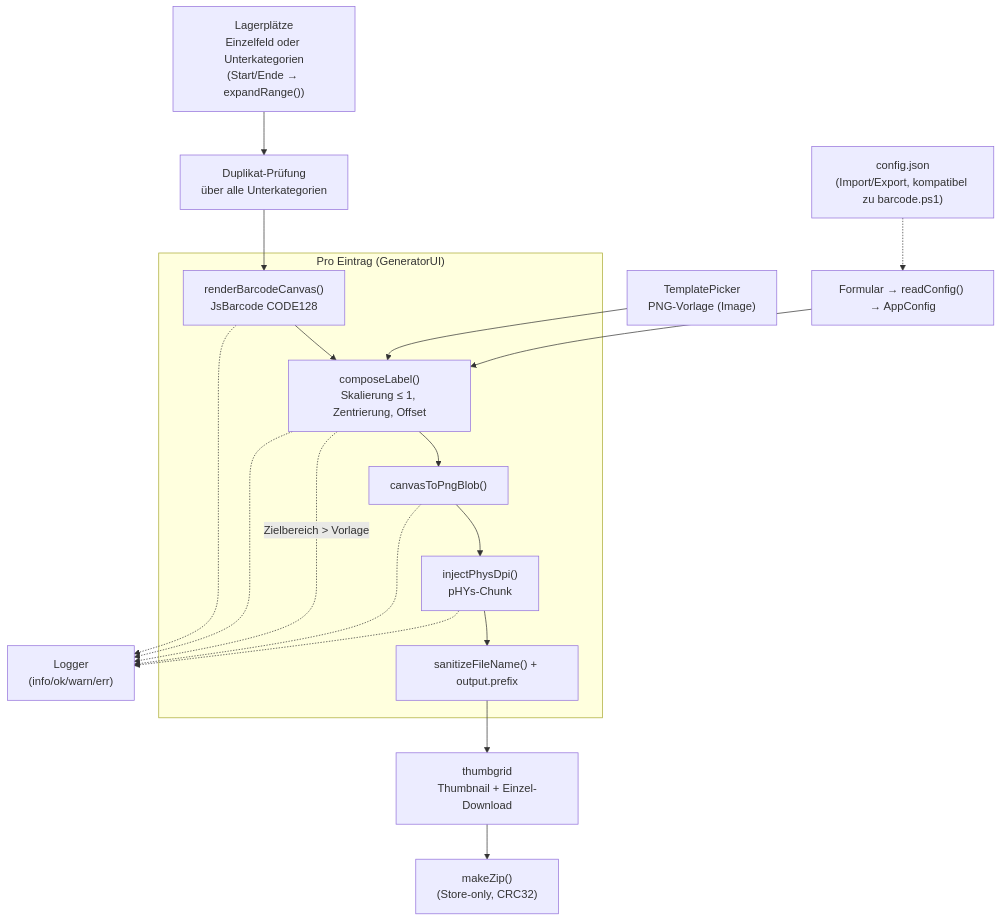
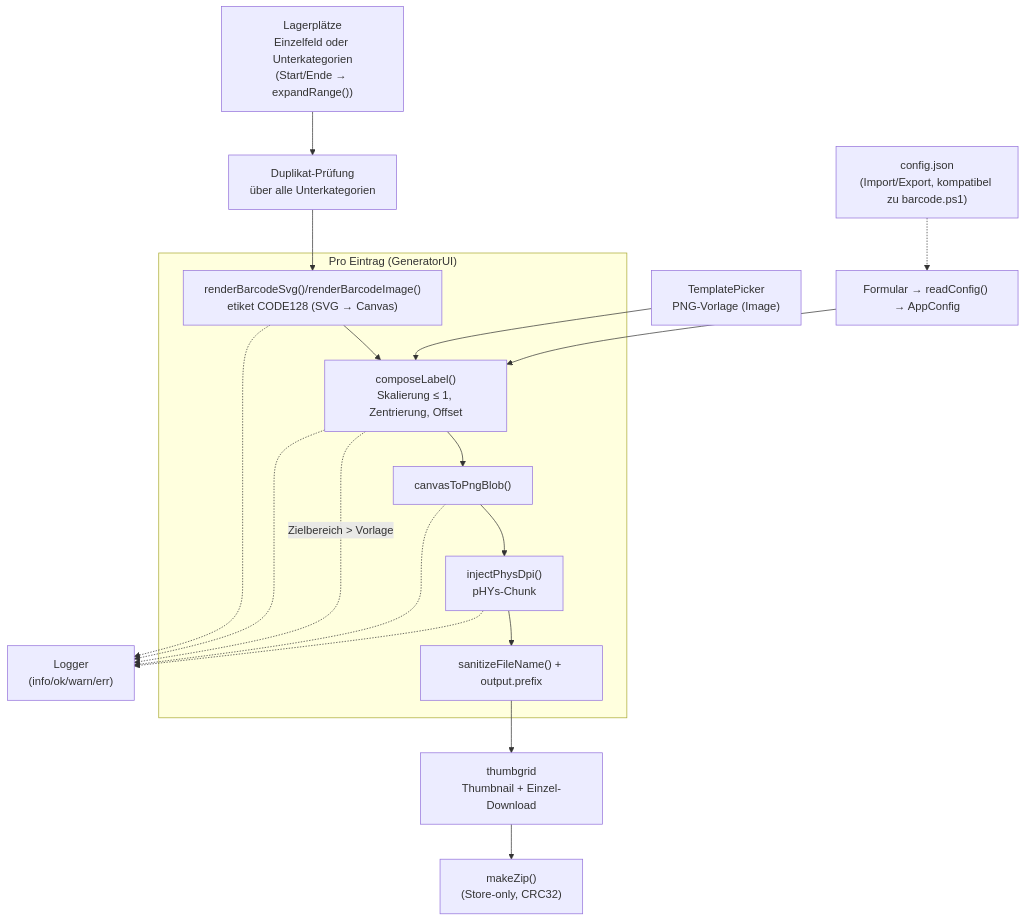
The fourth of 5 diagrams in docs/ARCHITECTURE.md (MaxHambi/Lager-etiket), drawn with Mermaid before and after one commit. The commit also changed other lines of this file and 51 other files, not shown here.

````diff
--- a/docs/ARCHITECTURE.md
+++ b/docs/ARCHITECTURE.md
@@ -208,29 +213,29 @@
 ```mermaid
 flowchart TD
     TA["Lagerplätze<br/>Einzelfeld oder Unterkategorien<br/>(Start/Ende → expandRange())"]
     E["Duplikat-Prüfung<br/>über alle Unterkategorien"]
     IMG["TemplatePicker<br/>PNG-Vorlage (Image)"]
     FORM["Formular → readConfig() → AppConfig"]
     CFG["config.json<br/>(Import/Export, kompatibel zu barcode.ps1)"]
 
     subgraph ProEintrag["Pro Eintrag (GeneratorUI)"]
-        CB["renderBarcodeCanvas()<br/>JsBarcode CODE128"]
+        CB["renderBarcodeSvg()/renderBarcodeImage()<br/>etiket CODE128 (SVG → Canvas)"]
         CP["composeLabel()<br/>Skalierung ≤ 1, Zentrierung, Offset"]
         PNG["canvasToPngBlob()"]
         DPI["injectPhysDpi()<br/>pHYs-Chunk"]
         NAME["sanitizeFileName() + output.prefix"]
     end
 
     TH["thumbgrid<br/>Thumbnail + Einzel-Download"]
     ZIP["makeZip()<br/>(Store-only, CRC32)"]
     LOG["Logger<br/>(info/ok/warn/err)"]
 
     TA --> E
     IMG & FORM --> CP
     CFG -.-> FORM
     E --> CB
     CB --> CP --> PNG --> DPI --> NAME --> TH
     TH --> ZIP
     CP -.->|"Zielbereich > Vorlage"| LOG
     CB & CP & PNG & DPI -.-> LOG
 ```
````
